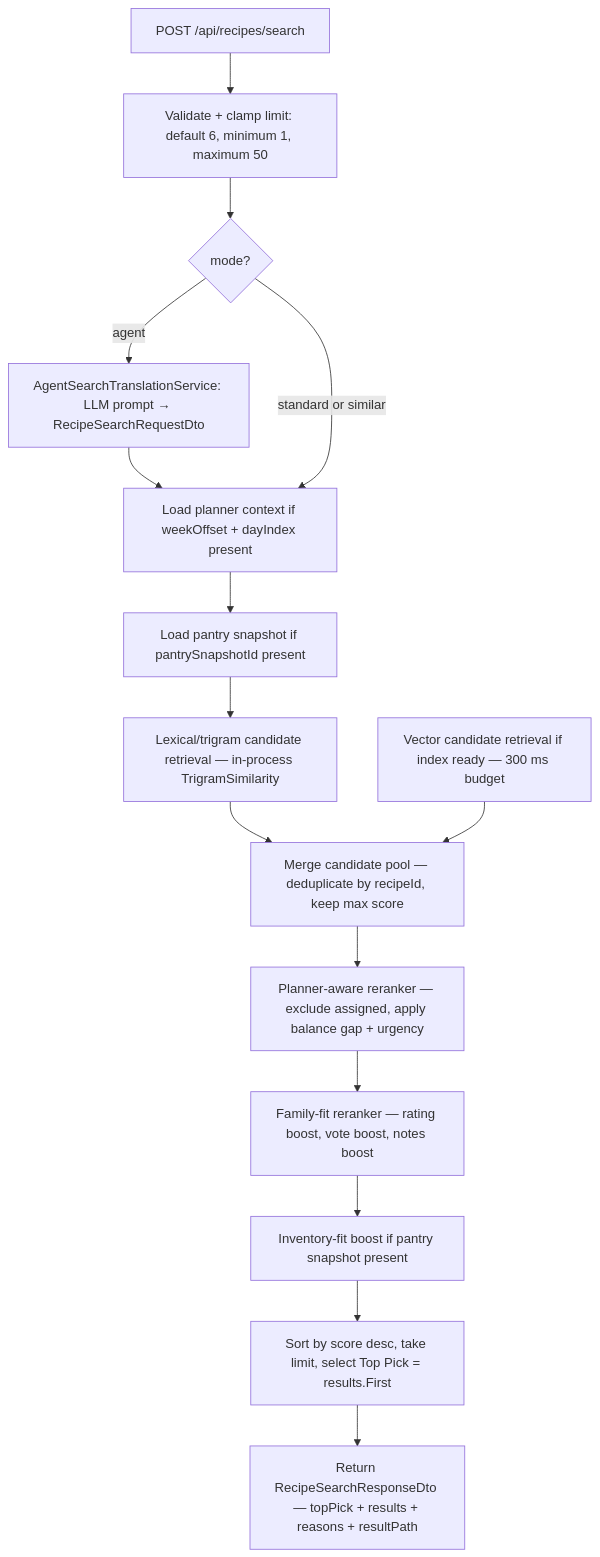
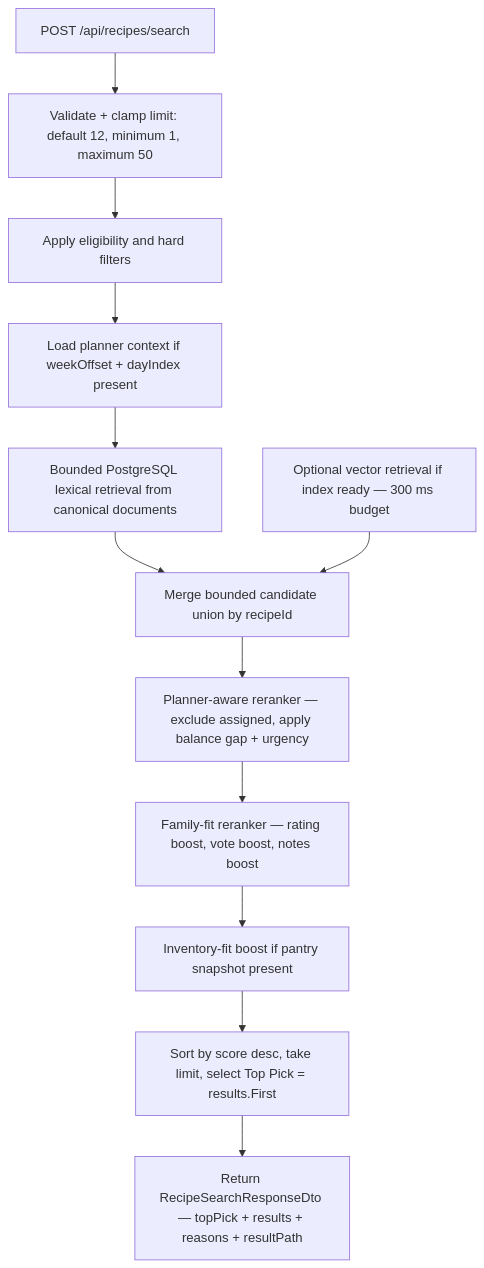
The first of 8 diagrams in docs/flows/data-flows/recipe-search-index-and-recovery.md (AlexandreBrisebois/whats-for-supper), drawn with Mermaid before and after one commit. The commit also changed other lines of this file and 41 other files, not shown here.

First line of the commit message:
feat: Introduce hybrid recipe search operations and observability enhancements

````diff
--- a/docs/flows/data-flows/recipe-search-index-and-recovery.md
+++ b/docs/flows/data-flows/recipe-search-index-and-recovery.md
@@ -35,18 +34,15 @@
 ```mermaid
 flowchart TD
-    A[POST /api/recipes/search] --> B[Validate + clamp limit: default 6, minimum 1, maximum 50]
-    B --> B2{mode?}
-    B2 -->|agent| BA[AgentSearchTranslationService: LLM prompt → RecipeSearchRequestDto]
-    BA --> C
-    B2 -->|standard or similar| C
-    C[Load planner context if weekOffset + dayIndex present] --> D
-    D[Load pantry snapshot if pantrySnapshotId present] --> E
-    E[Lexical/trigram candidate retrieval — in-process TrigramSimilarity] --> F
-    E2[Vector candidate retrieval if index ready — 300 ms budget] --> F
-    F[Merge candidate pool — deduplicate by recipeId, keep max score] --> G
+    A[POST /api/recipes/search] --> B[Validate + clamp limit: default 12, minimum 1, maximum 50]
+    B --> C[Apply eligibility and hard filters]
+    C --> D[Load planner context if weekOffset + dayIndex present]
+    D --> E[Load pantry snapshot if pantrySnapshotId present]
+    E[Bounded PostgreSQL lexical retrieval from canonical documents] --> F
+    E2[Optional vector retrieval if index ready — 300 ms budget] --> F
+    F[Merge bounded candidate union by recipeId] --> G
     G[Planner-aware reranker — exclude assigned, apply balance gap + urgency] --> H
     H[Family-fit reranker — rating boost, vote boost, notes boost] --> I
     I[Inventory-fit boost if pantry snapshot present] --> J
     J[Sort by score desc, take limit, select Top Pick = results.First] --> K
     K[Return RecipeSearchResponseDto — topPick + results + reasons + resultPath]
 ```
````
